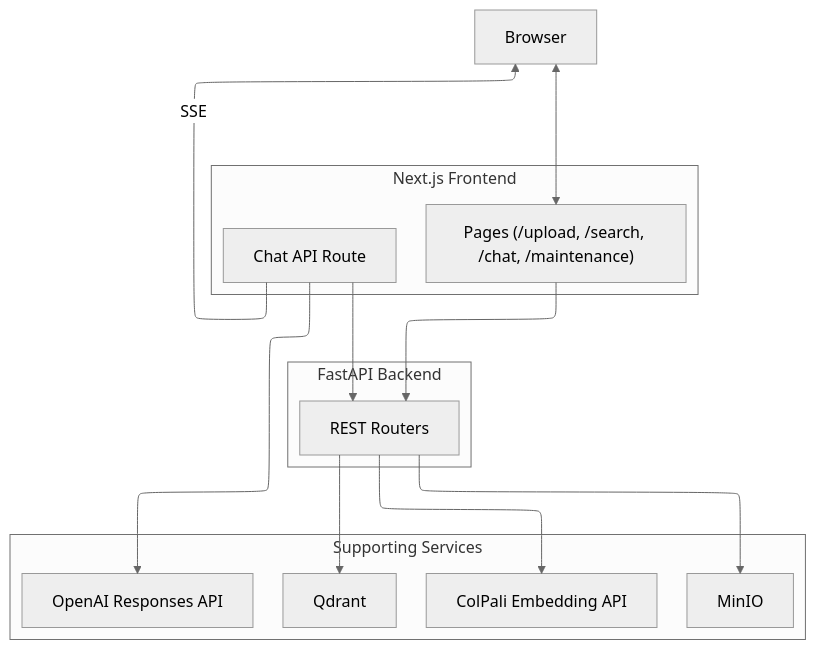
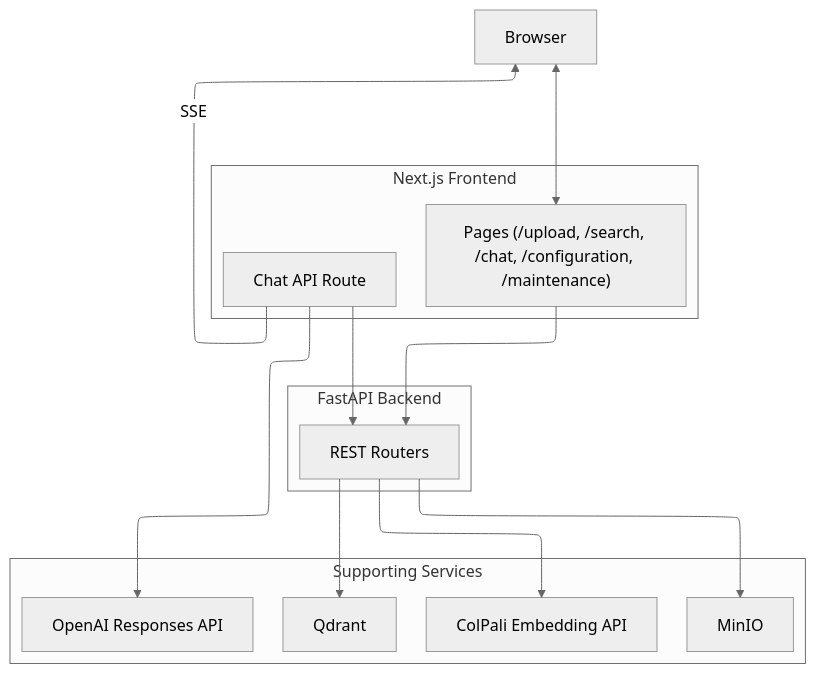
The diagram in README.md (athrael-soju/Snappy), drawn with Mermaid before and after one commit. The commit also changed other lines of this file and 19 other files, not shown here.

````diff
--- a/README.md
+++ b/README.md
@@ -29,32 +29,32 @@
 ```mermaid
 ---
 config:
   theme: neutral
   layout: elk
 ---
 flowchart TB
   subgraph Frontend["Next.js Frontend"]
-    UI["Pages (/upload, /search, /chat, /maintenance)"]
+    UI["Pages (/upload, /search, /chat, /configuration, /maintenance)"]
     CHAT["Chat API Route"]
   end
 
   subgraph Backend["FastAPI Backend"]
     API["REST Routers"]
   end
 
   subgraph Services["Supporting Services"]
     QDRANT["Qdrant"]
     MINIO["MinIO"]
     COLPALI["ColPali Embedding API"]
     OPENAI["OpenAI Responses API"]
   end
 
   USER["Browser"] <--> UI
   UI --> API
   API --> QDRANT
   API --> MINIO
   API --> COLPALI
   CHAT --> API
   CHAT --> OPENAI
   CHAT -- SSE --> USER
 ```
````
